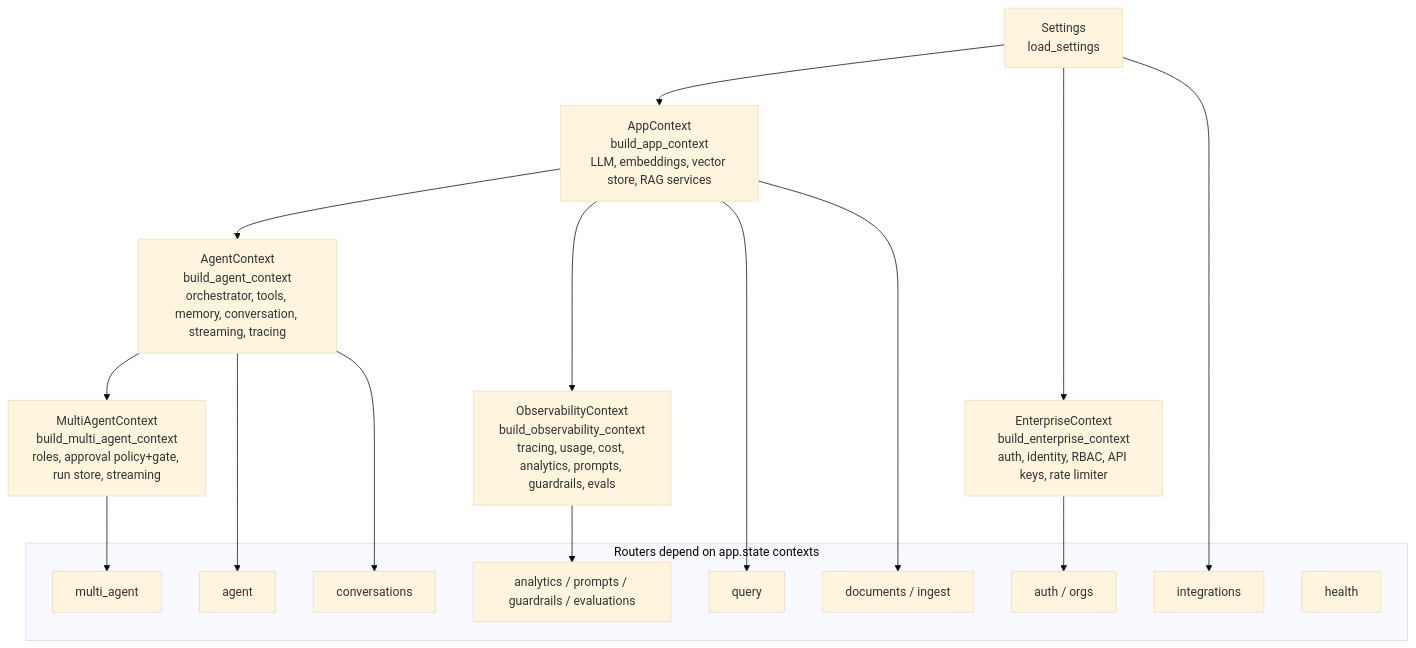
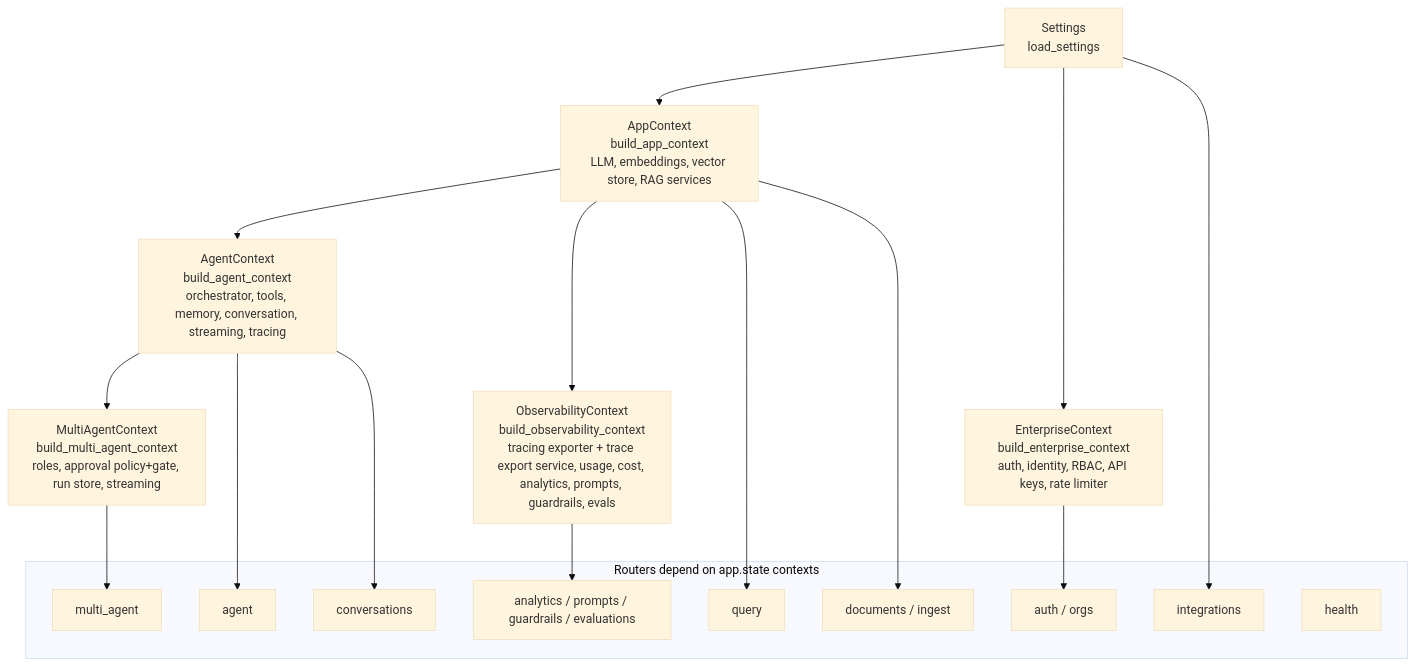
The third of 8 diagrams in docs/ARCHITECTURE_OVERVIEW.md (harshvardhan8058/Agentforgev2), drawn with Mermaid (base theme) before and after one commit. The commit also changed other lines of this file and 35 other files, not shown here.

````diff
--- a/docs/ARCHITECTURE_OVERVIEW.md
+++ b/docs/ARCHITECTURE_OVERVIEW.md
@@ -75,28 +75,28 @@
 ```mermaid
 flowchart TB
     settings[Settings<br/>load_settings]
     settings --> appctx[AppContext<br/>build_app_context<br/>LLM, embeddings, vector store, RAG services]
     appctx --> agentctx[AgentContext<br/>build_agent_context<br/>orchestrator, tools, memory, conversation, streaming, tracing]
     agentctx --> multictx[MultiAgentContext<br/>build_multi_agent_context<br/>roles, approval policy+gate, run store, streaming]
     settings --> entctx[EnterpriseContext<br/>build_enterprise_context<br/>auth, identity, RBAC, API keys, rate limiter]
-    appctx --> obsctx[ObservabilityContext<br/>build_observability_context<br/>tracing, usage, cost, analytics, prompts, guardrails, evals]
+    appctx --> obsctx[ObservabilityContext<br/>build_observability_context<br/>tracing exporter + trace export service, usage, cost, analytics, prompts, guardrails, evals]
 
     subgraph routers[Routers depend on app.state contexts]
         r1[query]
         r2[agent]
         r3[multi_agent]
         r4[auth / orgs]
         r5[analytics / prompts / guardrails / evaluations]
         r6[documents / ingest]
         r7[integrations]
         r8[conversations]
         r9[health]
     end
 
     appctx --> r1 & r6
     agentctx --> r2 & r8
     multictx --> r3
     entctx --> r4
     obsctx --> r5
     settings --> r7
 ```
````
